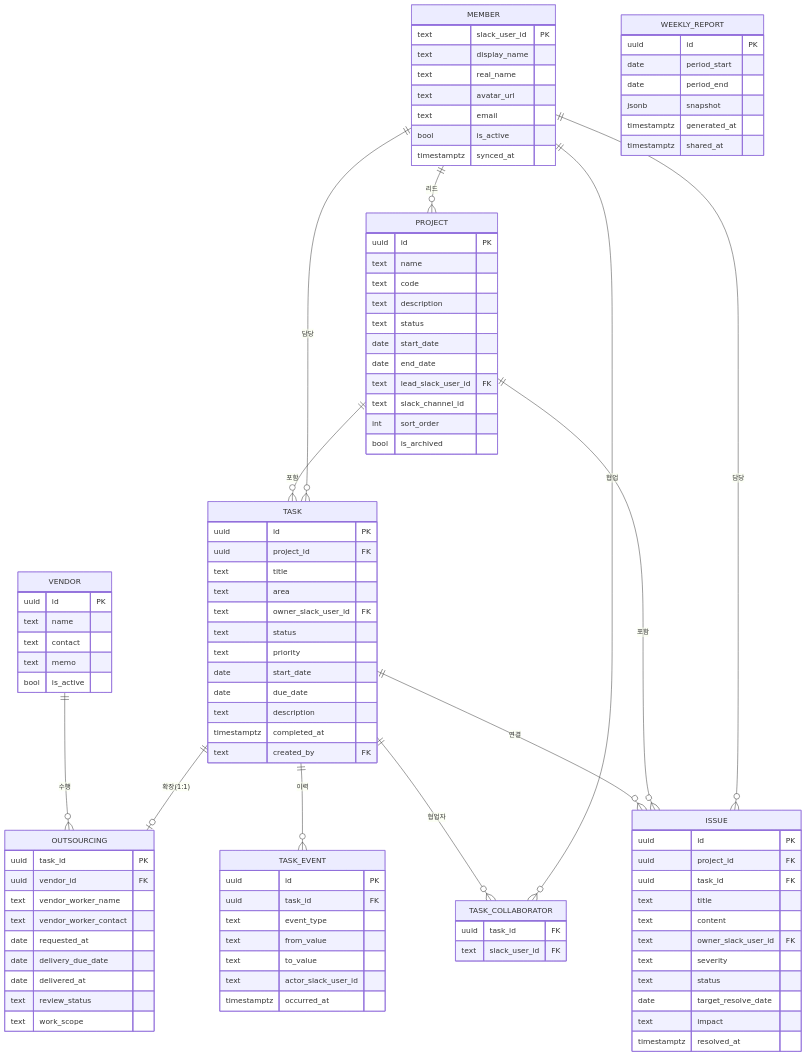
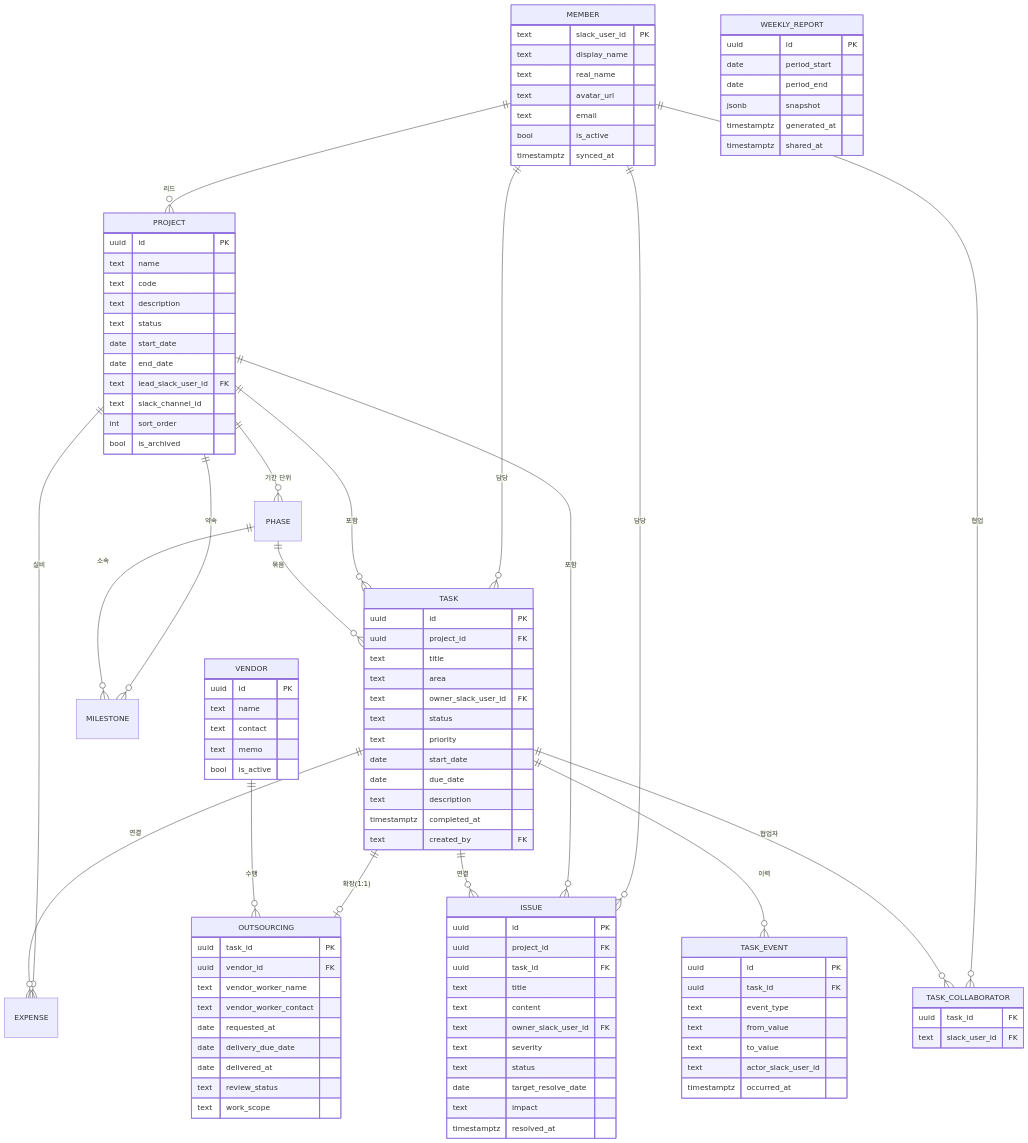
Before and after one commit to lunagentic/kinderview: the diagram in docs/03-data-model.md, drawn with Mermaid. The commit also changed other lines of this file and 23 other files, not shown here.

```diff
--- a/docs/03-data-model.md
+++ b/docs/03-data-model.md
@@ -10,6 +10,12 @@
     MEMBER ||--o{ ISSUE : "담당"
     PROJECT ||--o{ TASK : "포함"
     PROJECT ||--o{ ISSUE : "포함"
+    PROJECT ||--o{ PHASE : "기간 단위"
+    PROJECT ||--o{ MILESTONE : "약속"
+    PROJECT ||--o{ EXPENSE : "실비"
+    PHASE ||--o{ TASK : "묶음"
+    PHASE ||--o{ MILESTONE : "소속"
+    TASK ||--o{ EXPENSE : "연결"
     TASK ||--o| OUTSOURCING : "확장(1:1)"
     TASK ||--o{ TASK_COLLABORATOR : "협업자"
     TASK ||--o{ ISSUE : "연결"
```
